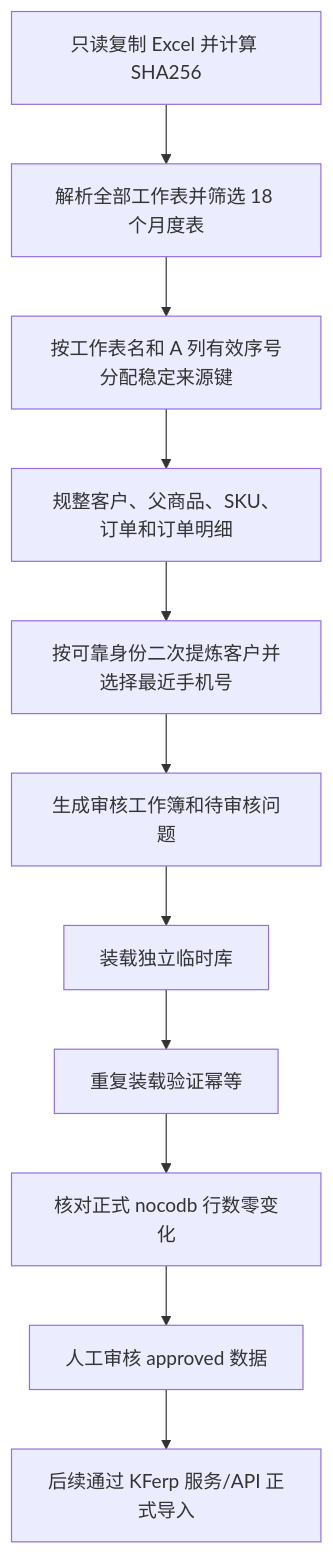
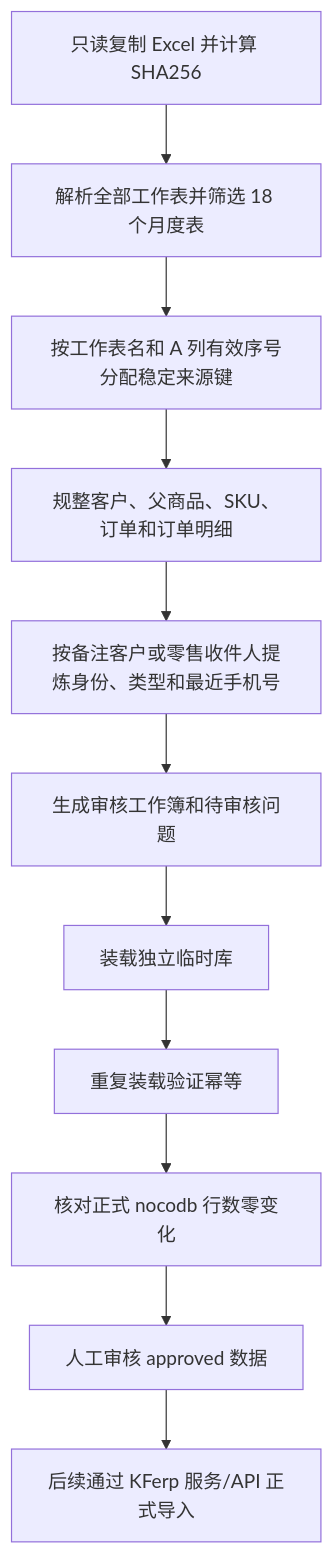
Before and after one commit to Backstage2539/KFerp: the diagram in orderapp-remote/docs/OP_MANUAL_ORDERLIST_STAGING.md, drawn with Mermaid. The commit also changed other lines of this file and 13 other files, not shown here.

````diff
--- a/orderapp-remote/docs/OP_MANUAL_ORDERLIST_STAGING.md
+++ b/orderapp-remote/docs/OP_MANUAL_ORDERLIST_STAGING.md
@@ -10,13 +10,13 @@
 ```mermaid
 flowchart TD
   A["只读复制 Excel 并计算 SHA256"] --> B["解析全部工作表并筛选 18 个月度表"]
   B --> C["按工作表名和 A 列有效序号分配稳定来源键"]
   C --> D["规整客户、父商品、SKU、订单和订单明细"]
-  D --> D1["按可靠身份二次提炼客户并选择最近手机号"]
+  D --> D1["按备注客户或零售收件人提炼身份、类型和最近手机号"]
   D1 --> E["生成审核工作簿和待审核问题"]
   E --> F["装载独立临时库"]
   F --> G["重复装载验证幂等"]
   G --> H["核对正式 nocodb 行数零变化"]
   H --> I["人工审核 approved 数据"]
   I --> J["后续通过 KFerp 服务/API 正式导入"]
 ```
````
